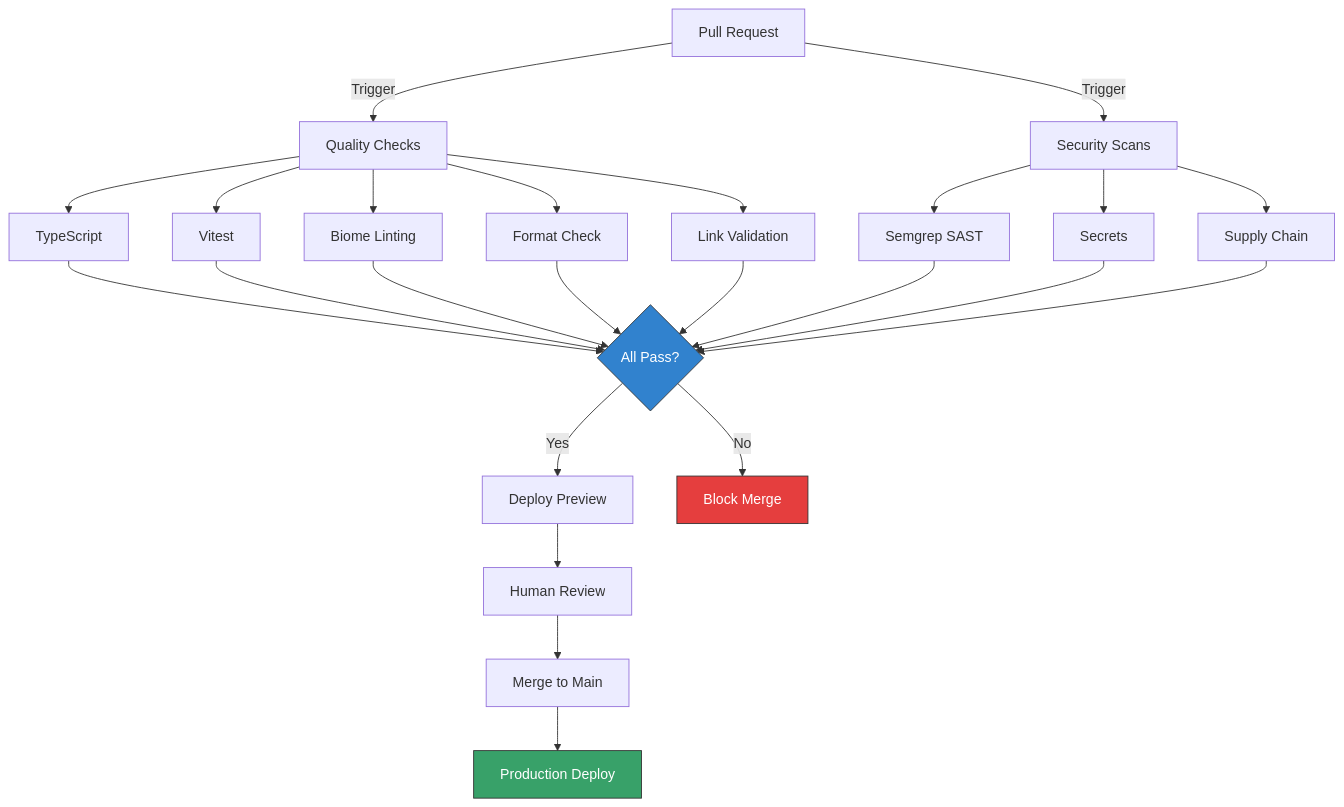
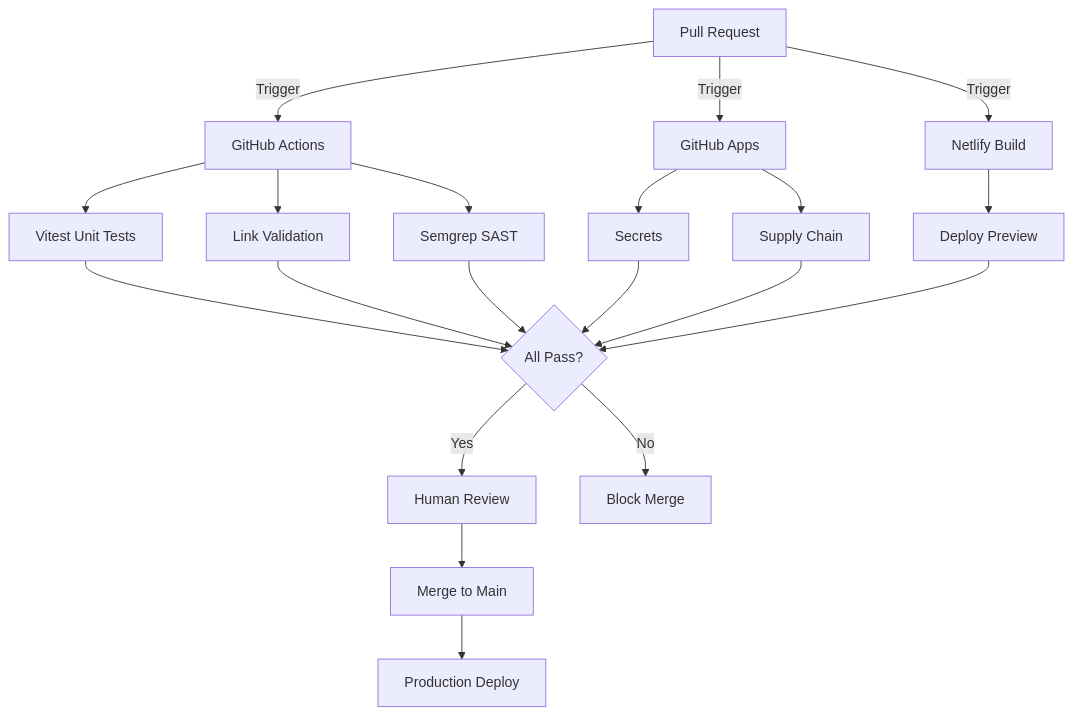
Before and after one commit to team4procoaching/website: the diagram in docs/ARCHITECTURE.md, drawn with Mermaid. The commit also changed other lines of this file and 14 other files, not shown here.

First line of the commit message:
docs(epic): restructure AI governance, centralize architecture, and enforce commitlint

````diff
--- a/docs/ARCHITECTURE.md
+++ b/docs/ARCHITECTURE.md
@@ -256,35 +349,28 @@
 ```mermaid
 graph TD
-    PR[Pull Request] -->|Trigger| CI_Quality[Quality Checks]
-    PR -->|Trigger| CI_Security[Security Scans]
+    PR[Pull Request] -->|Trigger| CI_GHA[GitHub Actions]
+    PR -->|Trigger| CI_Apps[GitHub Apps]
+    PR -->|Trigger| Netlify[Netlify Build]
 
-    CI_Quality --> TypeCheck[TypeScript]
-    CI_Quality --> Tests[Vitest]
-    CI_Quality --> Lint[Biome Linting]
-    CI_Quality --> Format[Format Check]
-    CI_Quality --> Links[Link Validation]
+    CI_GHA --> Tests[Vitest Unit Tests]
+    CI_GHA --> Links[Link Validation]
+    CI_GHA --> Semgrep[Semgrep SAST]
 
-    CI_Security --> Semgrep[Semgrep SAST]
-    CI_Security --> GitGuardian[Secrets]
-    CI_Security --> Socket[Supply Chain]
+    CI_Apps --> GitGuardian[Secrets]
+    CI_Apps --> Socket[Supply Chain]
 
-    TypeCheck --> Gate{All Pass?}
-    Tests --> Gate
-    Lint --> Gate
-    Format --> Gate
+    Tests --> Gate{All Pass?}
     Links --> Gate
     Semgrep --> Gate
     GitGuardian --> Gate
     Socket --> Gate
 
-    Gate -->|Yes| Preview[Deploy Preview]
+    Netlify --> Preview[Deploy Preview]
+    Preview --> Gate
+
+    Gate -->|Yes| Review[Human Review]
     Gate -->|No| Fail[Block Merge]
 
-    Preview --> Review[Human Review]
     Review --> Merge[Merge to Main]
     Merge --> Production[Production Deploy]
-
-    style Gate fill:#3182ce,stroke:#333,color:#fff
-    style Production fill:#38a169,stroke:#333,color:#fff
-    style Fail fill:#e53e3e,stroke:#333,color:#fff
 ```
````
